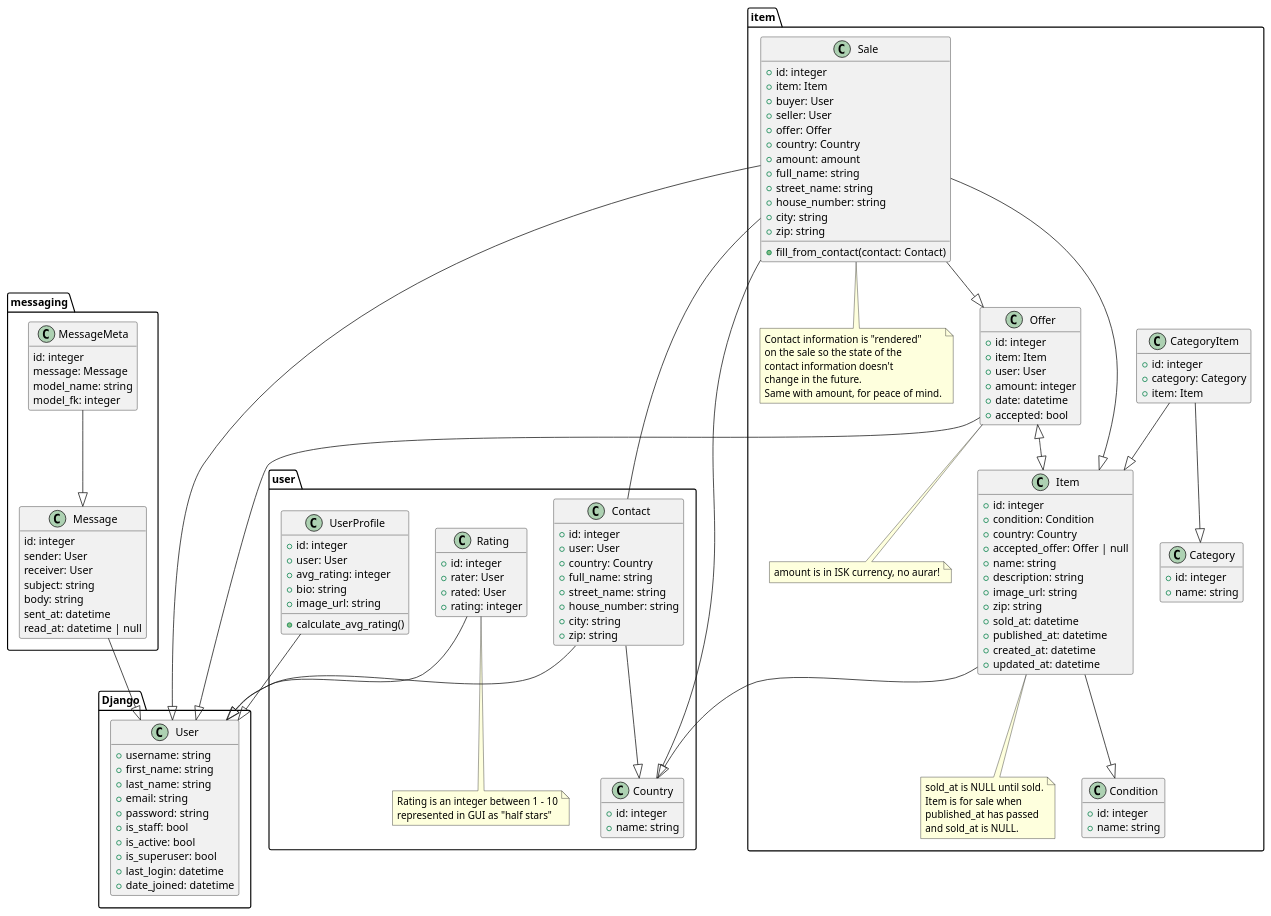
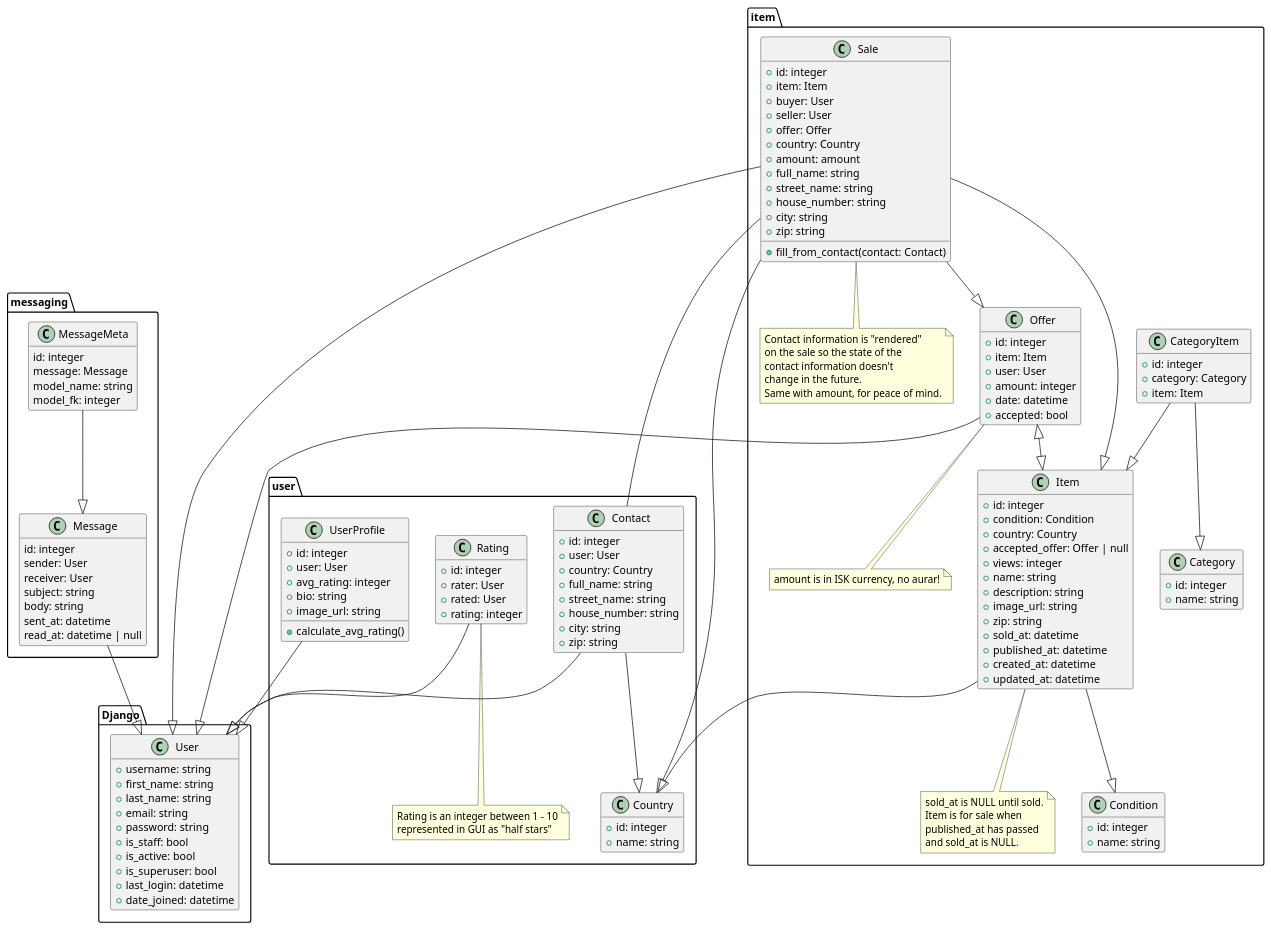
The diagram in model-diagram.plantuml (baldurjonsson/T-220-VLN2-design), drawn with PlantUML before and after one commit. The commit also changed 3 other files, not shown here.

Commit message:
More Diagrams!

```diff
--- a/model-diagram.plantuml
+++ b/model-diagram.plantuml
@@ -1,172 +1,173 @@
 @startuml
 
 hide empty fields
 hide empty members
 'left to right direction
 
 package Django {
     class User {
         + username: string
         + first_name: string
         + last_name: string
         + email: string
         + password: string
         + is_staff: bool
         + is_active: bool
         + is_superuser: bool
         + last_login: datetime
         + date_joined: datetime
     }
 }
 
 package user {
     class UserProfile {
         + id: integer
         + user: User
         + avg_rating: integer
         + bio: string
         + image_url: string
         + calculate_avg_rating()
     }
 
     class Country {
         + id: integer
         + name: string
     }
 
     class Contact {
         + id: integer
         + user: User
         + country: Country
         + full_name: string
         + street_name: string
         + house_number: string
         + city: string
         + zip: string
     }
     class Rating {
         + id: integer
         + rater: User
         + rated: User
         + rating: integer
     }
     note bottom of Rating
         Rating is an integer between 1 - 10
         represented in GUI as "half stars"
     end note
 }
 package item {
     class Condition {
         + id: integer
         + name: string
     }
 
     class Category {
         + id: integer
         + name: string
     }
 
     class Item {
         + id: integer
         + condition: Condition
         + country: Country
         + accepted_offer: Offer | null
+        + views: integer
         + name: string
         + description: string
         + image_url: string
         + zip: string
         + sold_at: datetime
         + published_at: datetime
         + created_at: datetime
         + updated_at: datetime
     }
     note bottom of Item
         sold_at is NULL until sold.
         Item is for sale when
         published_at has passed
         and sold_at is NULL.
     end note
 
     class CategoryItem {
         + id: integer
         + category: Category
         + item: Item
     }
 
     class Offer {
         + id: integer
         + item: Item
         + user: User
         + amount: integer
         + date: datetime
         + accepted: bool
     }
     note bottom of Offer
         amount is in ISK currency, no aurar!
     end note
 
 
     class Sale {
         + id: integer
         + item: Item
         + buyer: User
         + seller: User
         + offer: Offer
         + country: Country
         + amount: amount
         + full_name: string
         + street_name: string
         + house_number: string
         + city: string
         + zip: string
         + fill_from_contact(contact: Contact)
     }
     note bottom of Sale
         Contact information is "rendered"
         on the sale so the state of the
         contact information doesn't
         change in the future.
         Same with amount, for peace of mind.
     end note
 }
 package messaging {
     class Message {
         id: integer
         sender: User
         receiver: User
         subject: string
         body: string
         sent_at: datetime
         read_at: datetime | null
     }
     class MessageMeta {
         id: integer
         message: Message
         model_name: string
         model_fk: integer
     }
 }
 Rating --|> User
 UserProfile --|> User
 Contact --|> Country
 Contact --|> User
 
 Offer <|--|> Item
 Offer --|> User
 
 Item --|> Condition
 Item --|> Country
 
 Sale --|> Item
 Sale --|> User
 Sale --|> Offer
 Sale --|> Country
 Sale --- Contact
 
 CategoryItem --|> Category
 CategoryItem --|> Item
 
 Message --|> User
 MessageMeta --|> Message
 
 @enduml
```
